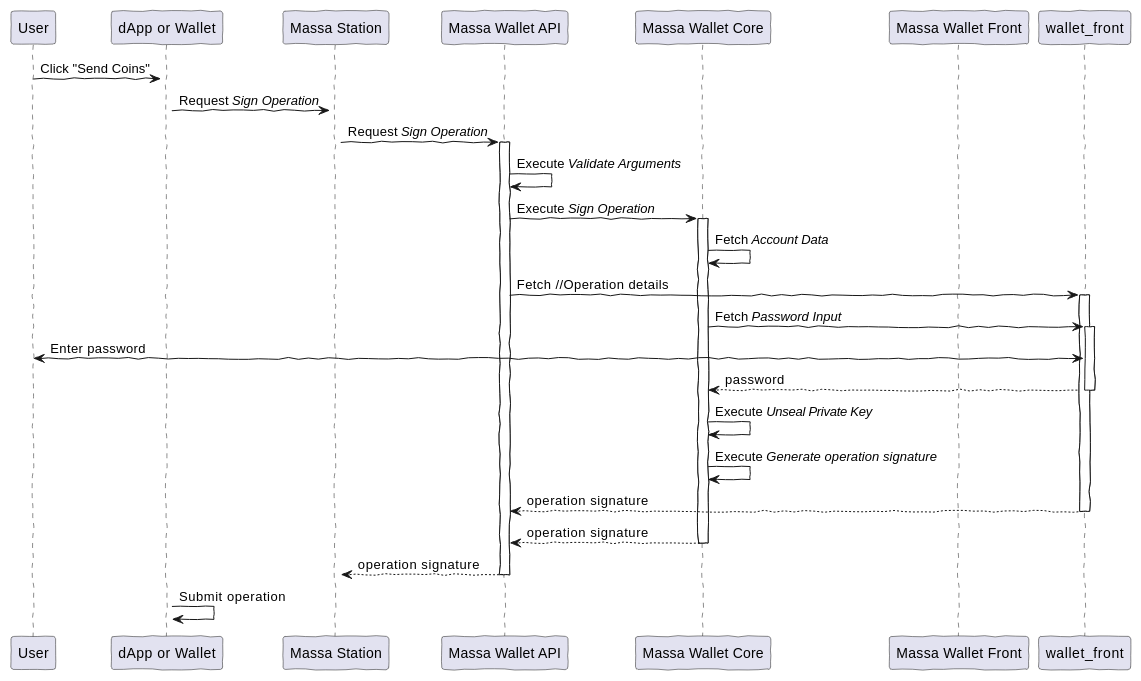
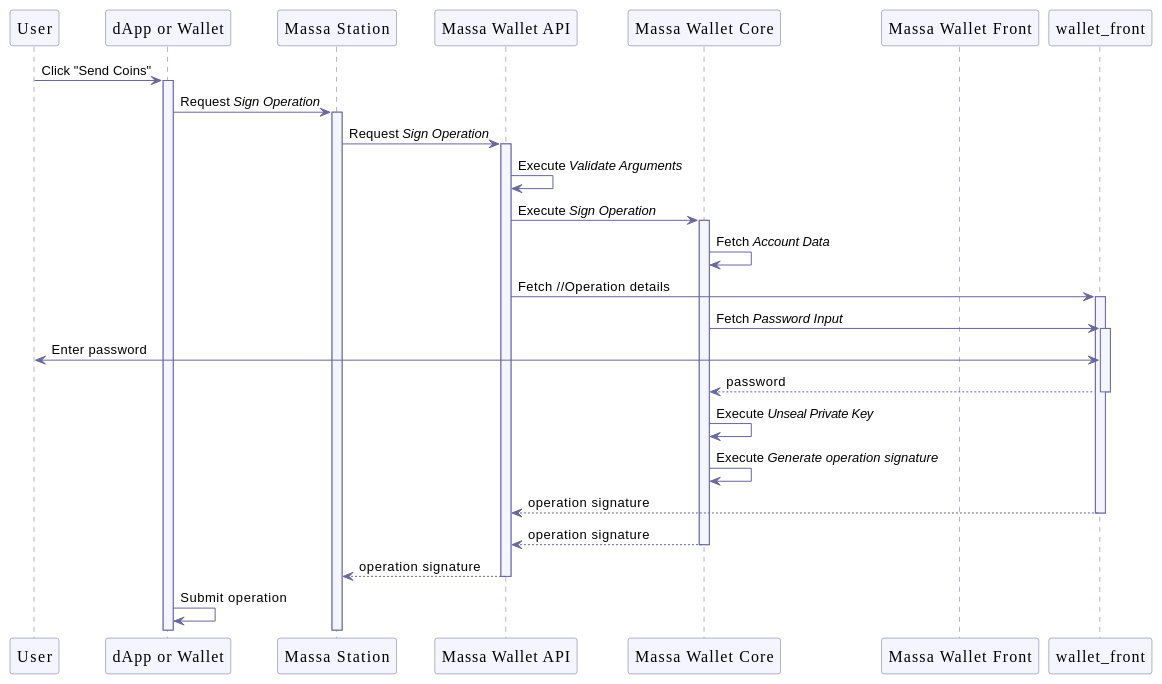
The second of 10 diagrams in documentation/wallet.adoc (massalabs/station-massa-wallet), drawn with PlantUML before and after one commit. The commit also changed other lines of this file and 1 other file, not shown here.

```diff
--- a/documentation/wallet.adoc
+++ b/documentation/wallet.adoc
@@ -210,31 +213,44 @@
 [plantuml, format="svg", id="sign-operation", width="100%", role="center-image", options="interactive"]
 ----
 @startuml
-skinparam handwritten true
+
+skinparam FontName Poppins
+
+skinparam sequence {
+    ArrowColor #69679D
+    LifeLineBorderColor #69679D
+    LifeLineBackgroundColor #F5F5FF
+
+    ParticipantBorderColor #69679D
+    ParticipantBackgroundColor #F5F5FF
+    ParticipantFontName Poppins
+    ParticipantFontSize 16
+    ParticipantFontColor #000000
+}
 
 participant "User" as user
 participant "dApp or Wallet" as dapp
 participant "Massa Station" as station
 participant "Massa Wallet API" as wallet_api
 participant "Massa Wallet Core" as wallet_core
 participant "Massa Wallet Front" as wallet_embedded_front
 
 user -> dapp ++ : Click "Send Coins"
     dapp -> station ++: Request //Sign Operation//
         station -> wallet_api ++: Request //Sign Operation//
         wallet_api -> wallet_api: Execute //Validate Arguments//
             wallet_api -> wallet_core ++: Execute //Sign Operation//
             wallet_core -> wallet_core: Fetch //Account Data//
                 wallet_api -> wallet_front ++: Fetch //Operation details
 
                 wallet_core -> wallet_front ++: Fetch //Password Input//
                 wallet_front <-> user: Enter password
                 return password
             wallet_core -> wallet_core: Execute //Unseal Private Key//
             wallet_core -> wallet_core: Execute //Generate operation signature//
             return operation signature
         return operation signature
     return operation signature
     dapp -> dapp: Submit operation
 @enduml
 ----
```
